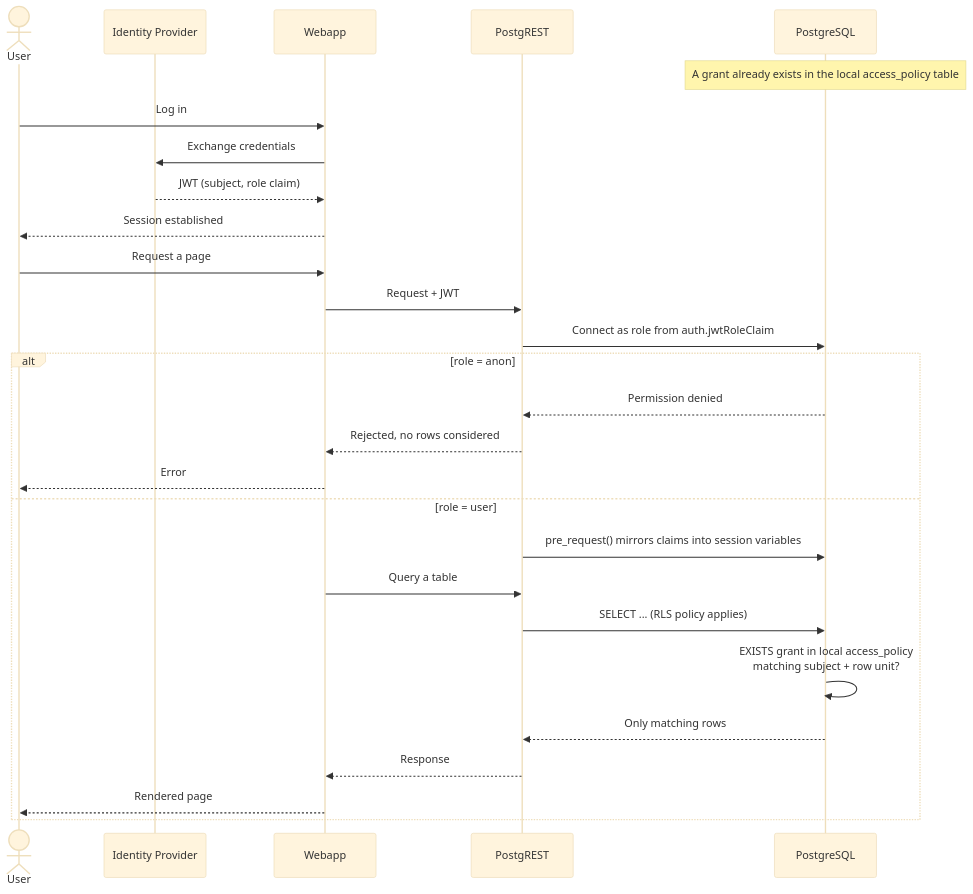
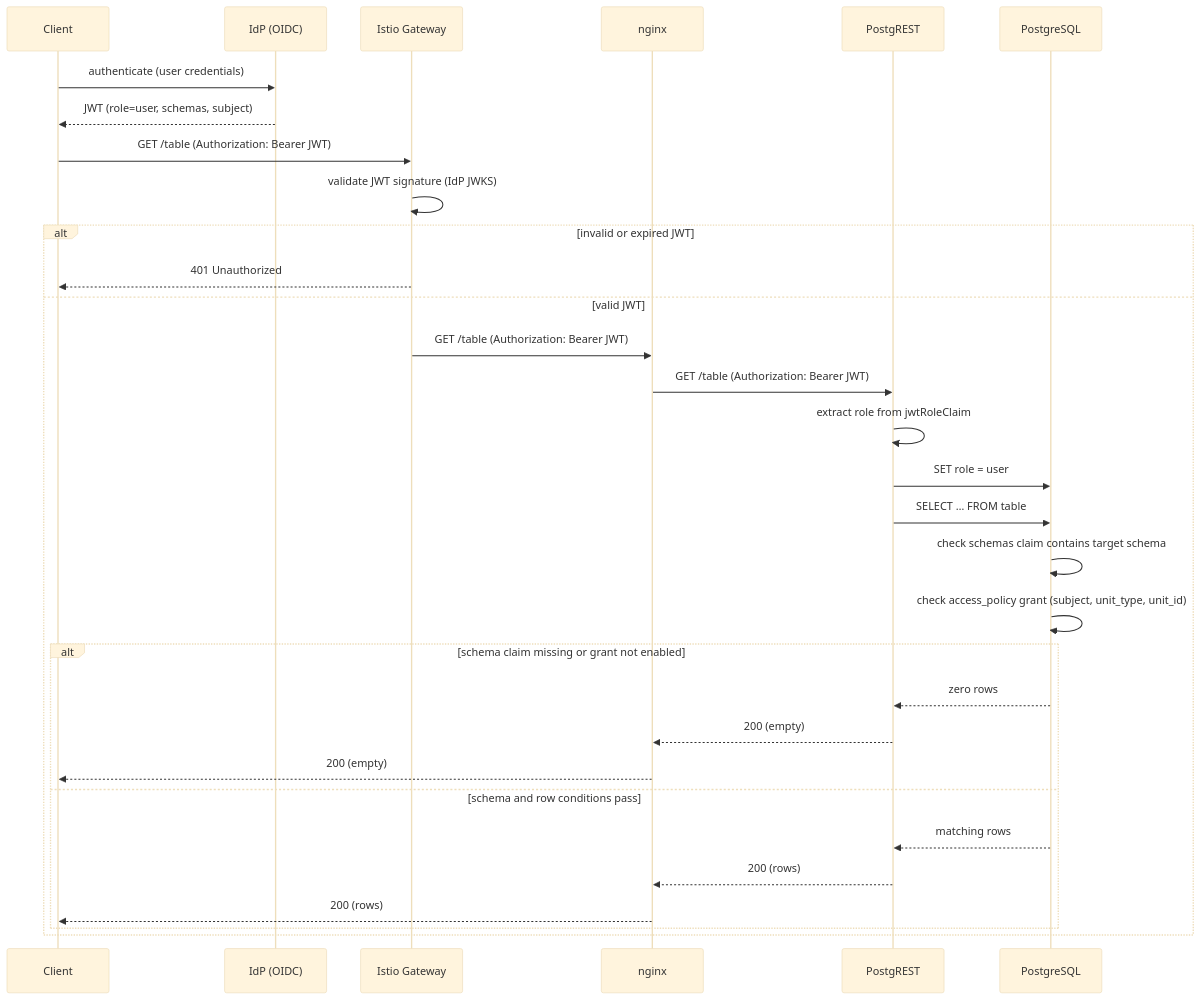
The diagram in docs/security.md (prefeitura-rio/data-proxy), drawn with Mermaid (base theme) before and after one commit. The commit also changed other lines of this file and 26 other files, not shown here.

First line of the commit message:
docs: rewrite documentation, add sequence diagrams, and remove KEDA e2e checks

````diff
--- a/docs/security.md
+++ b/docs/security.md
@@ -97,32 +18,34 @@
 ```mermaid
 sequenceDiagram
-    actor U as User
-    participant IDP as Identity Provider
-    participant WEB as Webapp
-    participant PGRST as PostgREST
-    participant PG as PostgreSQL
+    participant C as Client
+    participant I as IdP (OIDC)
+    participant G as Istio Gateway
+    participant N as nginx
+    participant P as PostgREST
+    participant DB as PostgreSQL
 
-    Note over PG: A grant already exists in the local access_policy table
-
-    U->>WEB: Log in
-    WEB->>IDP: Exchange credentials
-    IDP-->>WEB: JWT (subject, role claim)
-    WEB-->>U: Session established
-
-    U->>WEB: Request a page
-    WEB->>PGRST: Request + JWT
-    PGRST->>PG: Connect as role from auth.jwtRoleClaim
-    alt role = anon
-        PG-->>PGRST: Permission denied
-        PGRST-->>WEB: Rejected, no rows considered
-        WEB-->>U: Error
-    else role = user
-        PGRST->>PG: pre_request() mirrors claims into session variables
-        WEB->>PGRST: Query a table
-        PGRST->>PG: SELECT ... (RLS policy applies)
-        PG->>PG: EXISTS grant in local access_policy<br/>matching subject + row unit?
-        PG-->>PGRST: Only matching rows
-        PGRST-->>WEB: Response
-        WEB-->>U: Rendered page
+    C->>I: authenticate (user credentials)
+    I-->>C: JWT (role=user, schemas, subject)
+    C->>G: GET /table (Authorization: Bearer JWT)
+    G->>G: validate JWT signature (IdP JWKS)
+    alt invalid or expired JWT
+        G-->>C: 401 Unauthorized
+    else valid JWT
+        G->>N: GET /table (Authorization: Bearer JWT)
+        N->>P: GET /table (Authorization: Bearer JWT)
+        P->>P: extract role from jwtRoleClaim
+        P->>DB: SET role = user
+        P->>DB: SELECT … FROM table
+        DB->>DB: check schemas claim contains target schema
+        DB->>DB: check access_policy grant (subject, unit_type, unit_id)
+        alt schema claim missing or grant not enabled
+            DB-->>P: zero rows
+            P-->>N: 200 (empty)
+            N-->>C: 200 (empty)
+        else schema and row conditions pass
+            DB-->>P: matching rows
+            P-->>N: 200 (rows)
+            N-->>C: 200 (rows)
+        end
     end
 ```
````
